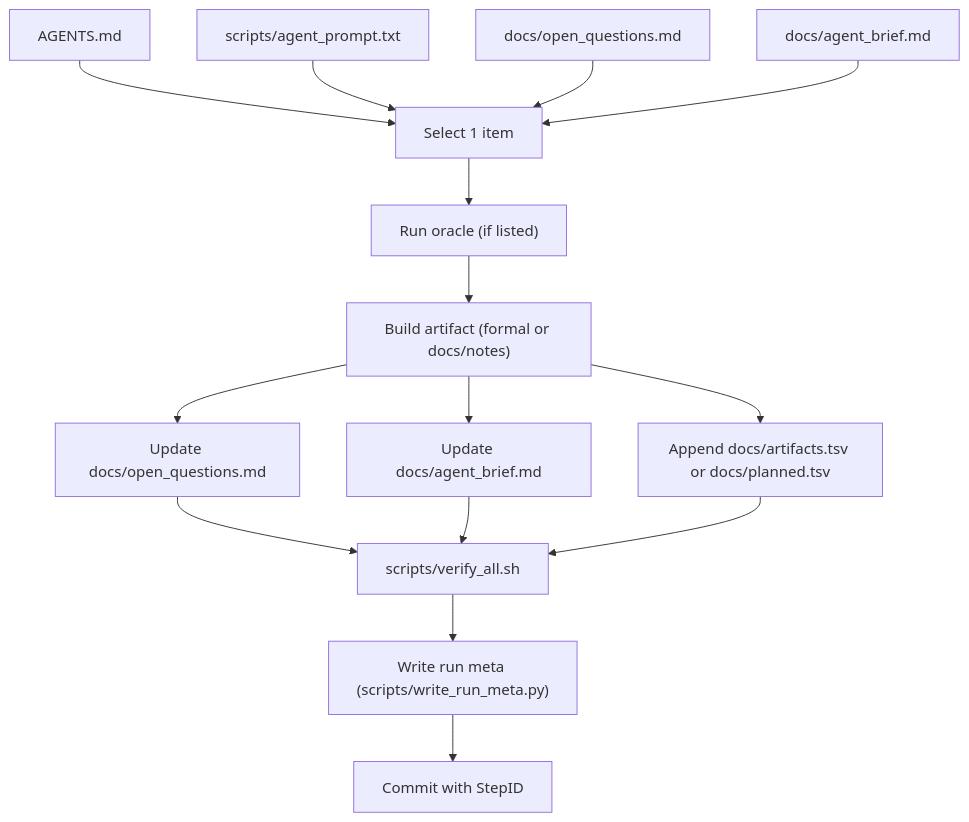
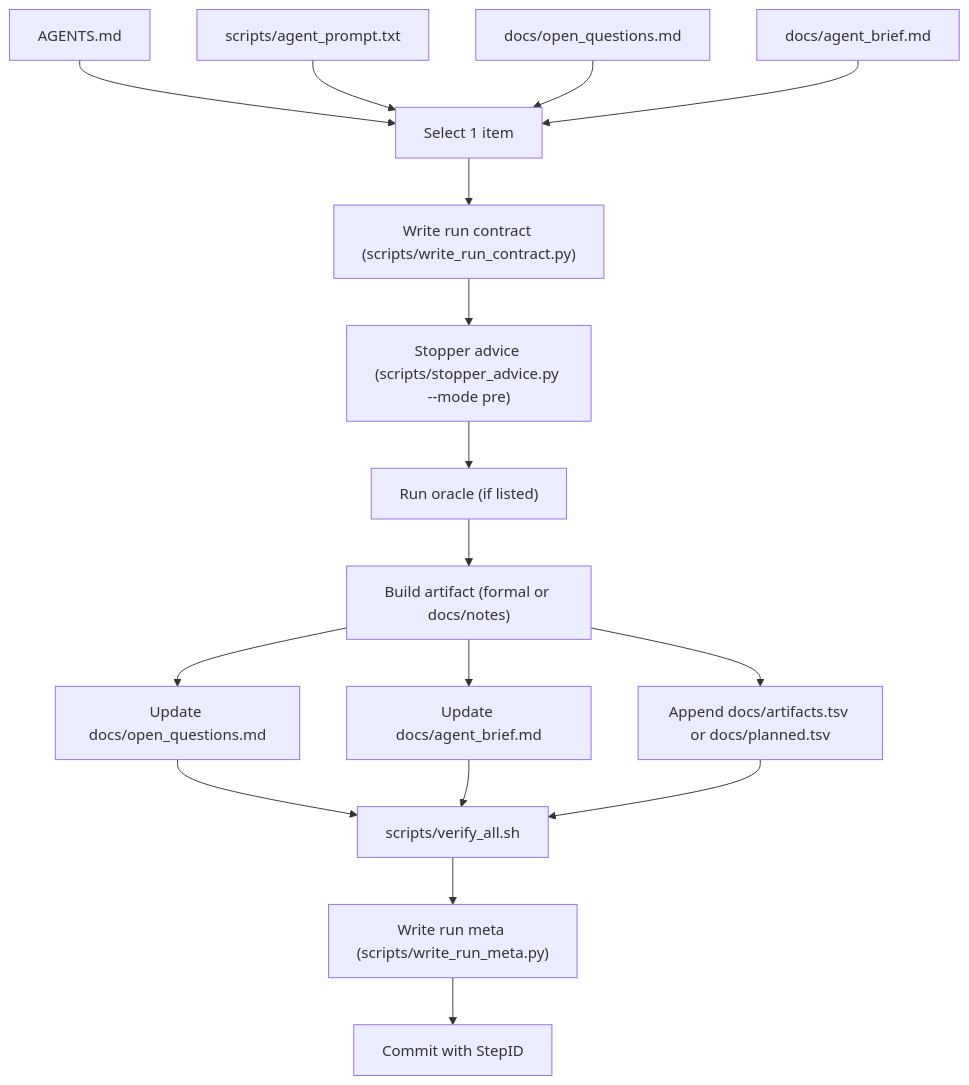
Before and after one commit to Xopoko/Experiment-26_P_vs_NP: the third of 15 diagrams in ARCHITECTURE.md, drawn with Mermaid. The commit also changed other lines of this file and 73 other files, not shown here.

````diff
--- a/ARCHITECTURE.md
+++ b/ARCHITECTURE.md
@@ -148,17 +154,19 @@
 ```mermaid
 flowchart TD
   A["AGENTS.md"] --> E["Select 1 item"]
   B["scripts/agent_prompt.txt"] --> E
   C["docs/open_questions.md"] --> E
   D["docs/agent_brief.md"] --> E
-  E --> F["Run oracle (if listed)"]
+  E --> E1["Write run contract (scripts/write_run_contract.py)"]
+  E1 --> E2["Stopper advice (scripts/stopper_advice.py --mode pre)"]
+  E2 --> F["Run oracle (if listed)"]
   F --> G["Build artifact (formal or docs/notes)"]
   G --> H["Update docs/open_questions.md"]
   G --> I["Update docs/agent_brief.md"]
   G --> J["Append docs/artifacts.tsv or docs/planned.tsv"]
   H --> K["scripts/verify_all.sh"]
   I --> K
   J --> K
   K --> L["Write run meta (scripts/write_run_meta.py)"]
   L --> M["Commit with StepID"]
 ```
````
